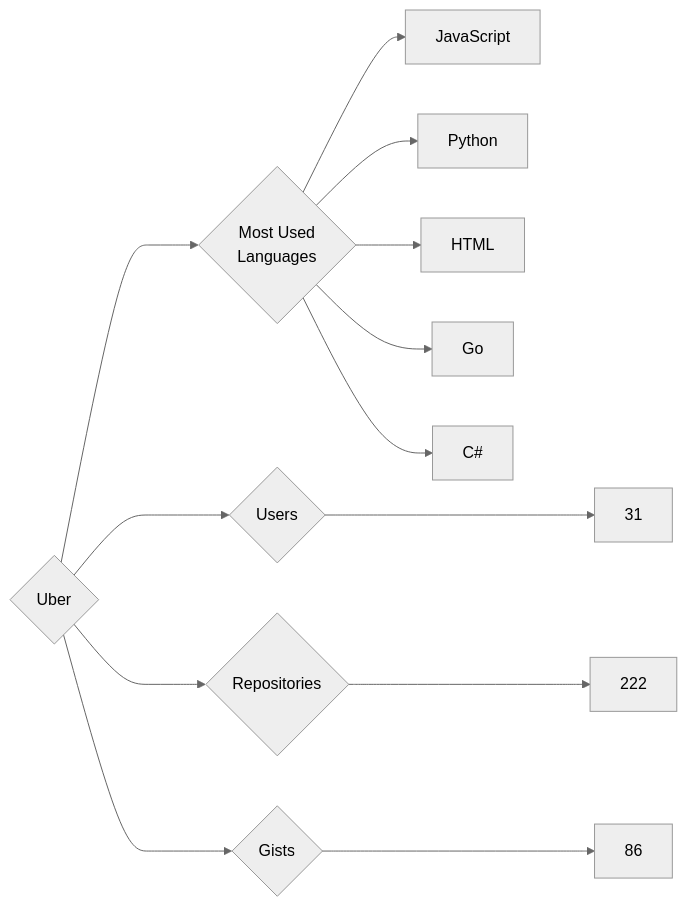
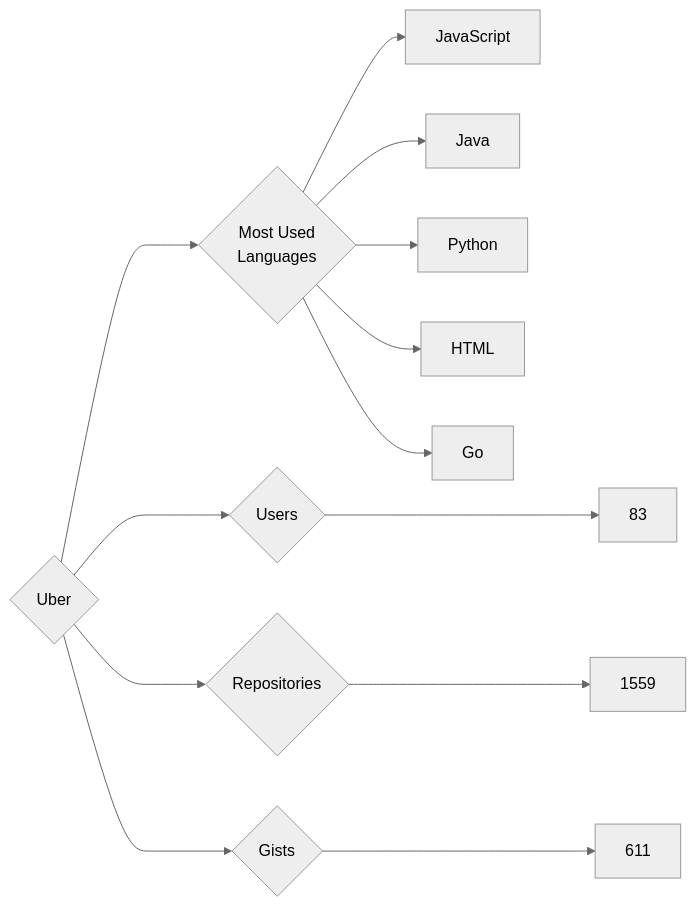
One commit to trickest/insiders changed the diagram in targets/Uber/README.md. Above: the diagram before and after it, drawn with Mermaid (neutral theme). The commit also changed 871 other files, not shown here.

````diff
--- a/targets/Uber/README.md
+++ b/targets/Uber/README.md
@@ -3,13 +3,13 @@
 ```mermaid
 graph LR
 COMPANY_NAME{Uber}
-COMPANY_NAME ---> U{Users} ---> UN[31]
-COMPANY_NAME ---> R{Repositories} ---> RN[222]
-COMPANY_NAME ---> G{Gists} ---> GN[86]
+COMPANY_NAME ---> U{Users} ---> UN[83]
+COMPANY_NAME ---> R{Repositories} ---> RN[1559]
+COMPANY_NAME ---> G{Gists} ---> GN[611]
 COMPANY_NAME ---> ML{Most Used<br>Languages}
 ML --> JavaScript[JavaScript]
+ML --> Java[Java]
 ML --> Python[Python]
 ML --> HTML[HTML]
 ML --> Go[Go]
-ML --> C#[C#]
 ```
````
